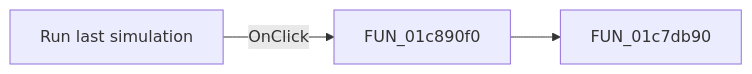
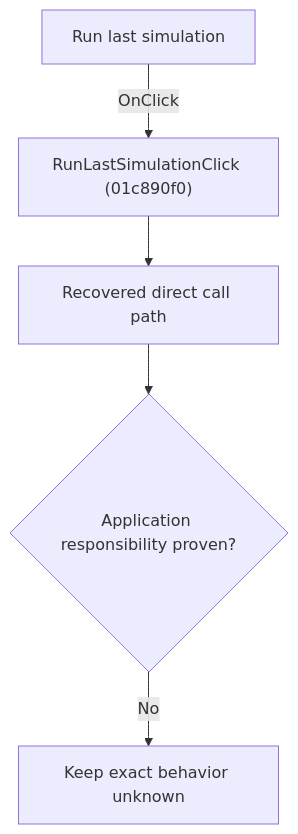
Before and after one commit to MovGP0/TIARA: the diagram in docs/ui-controls/schematiceditor/runlastsimulation-fdeb18fdbd.md, drawn with Mermaid. The commit also changed other lines of this file and 1062 other files, not shown here.

````diff
--- a/docs/ui-controls/schematiceditor/runlastsimulation-fdeb18fdbd.md
+++ b/docs/ui-controls/schematiceditor/runlastsimulation-fdeb18fdbd.md
@@ -27,5 +27,7 @@
 ```mermaid
-flowchart LR
-    control["Run last simulation"] -->|OnClick| handler["FUN_01c890f0"]
-    handler --> call1["FUN_01c7db90"]
+flowchart TD
+    control["Run last simulation"] -->|"OnClick"| handler["RunLastSimulationClick (01c890f0)"]
+    handler --> recovered["Recovered direct call path"]
+    recovered --> gap{"Application responsibility proven?"}
+    gap -->|"No"| blocked["Keep exact behavior unknown"]
 ```
````
